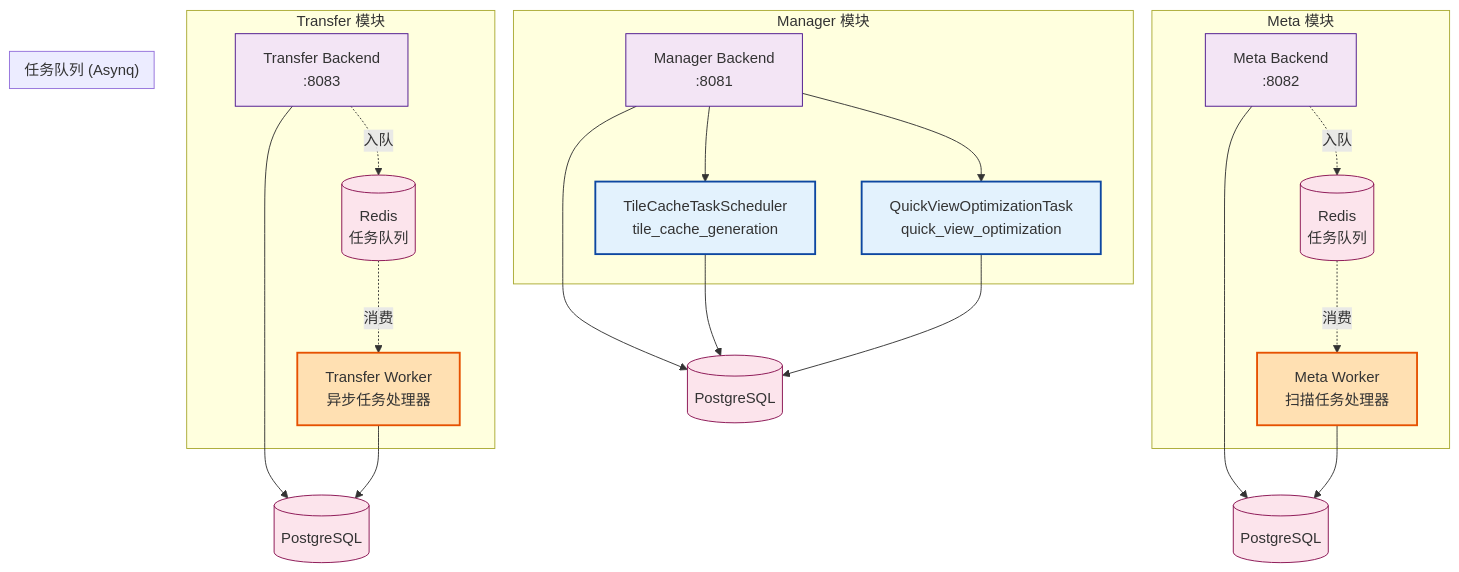
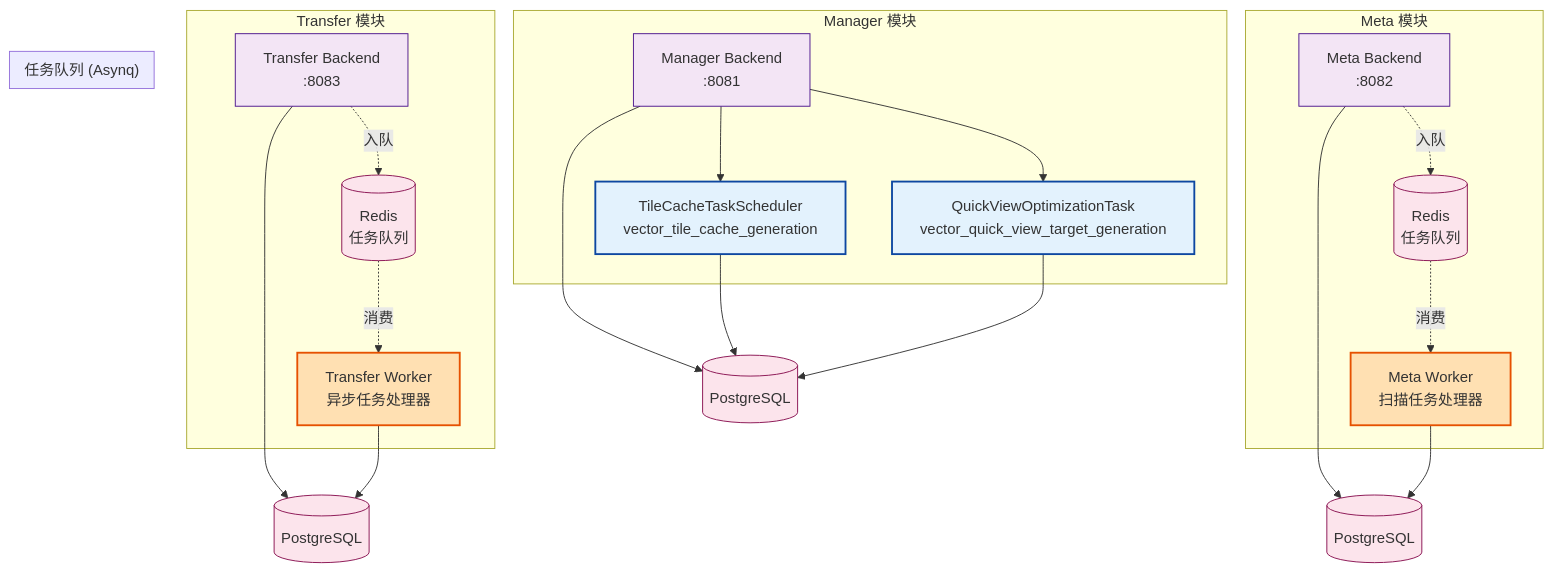
The fourth of 12 diagrams in docs/concepts/addp模块架构图.md (pampa0629/addp), drawn with Mermaid before and after one commit. The commit also changed other lines of this file and 78 other files, not shown here.

````diff
--- a/docs/concepts/addp模块架构图.md
+++ b/docs/concepts/addp模块架构图.md
@@ -277,47 +277,47 @@
 ```mermaid
 graph TB
     subgraph "Transfer 模块"
         TB[Transfer Backend<br/>:8083]
         TW[Transfer Worker<br/>异步任务处理器]
         TB -.入队.-> Redis
         Redis -.消费.-> TW
     end
 
     subgraph "Meta 模块"
         MB[Meta Backend<br/>:8082]
         MW[Meta Worker<br/>扫描任务处理器]
         MB -.入队.-> Redis2[Redis]
         Redis2 -.消费.-> MW
     end
 
     subgraph "Manager 模块"
         MB2[Manager Backend<br/>:8081]
-        TCS[TileCacheTaskScheduler<br/>tile_cache_generation]
-        QVO[QuickViewOptimizationTask<br/>quick_view_optimization]
+        TCS[TileCacheTaskScheduler<br/>vector_tile_cache_generation]
+        QVO[QuickViewOptimizationTask<br/>vector_quick_view_target_generation]
         MB2 --> TCS
         MB2 --> QVO
     end
 
     subgraph "任务队列 (Asynq)"
         Redis[(Redis<br/>任务队列)]
         Redis2[(Redis<br/>任务队列)]
     end
 
     TB --> PostgreSQL[(PostgreSQL)]
     TW --> PostgreSQL
     MB --> PostgreSQL2[(PostgreSQL)]
     MW --> PostgreSQL2
     MB2 --> PostgreSQL3[(PostgreSQL)]
     TCS --> PostgreSQL3
     QVO --> PostgreSQL3
 
     classDef backend fill:#f3e5f5,stroke:#4a148c
     classDef worker fill:#ffe0b2,stroke:#e65100,stroke-width:2px
     classDef scheduler fill:#e3f2fd,stroke:#0d47a1,stroke-width:2px
     classDef infra fill:#fce4ec,stroke:#880e4f
 
     class TB,MB,MB2 backend
     class TW,MW worker
     class TCS,QVO scheduler
     class Redis,Redis2,PostgreSQL,PostgreSQL2,PostgreSQL3 infra
 ```
````
